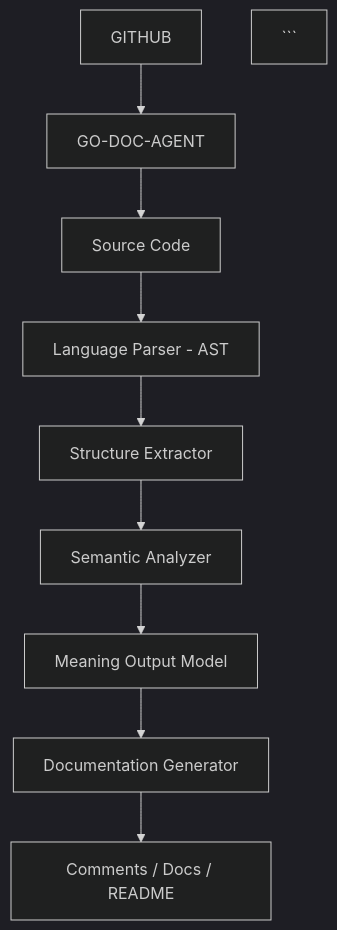
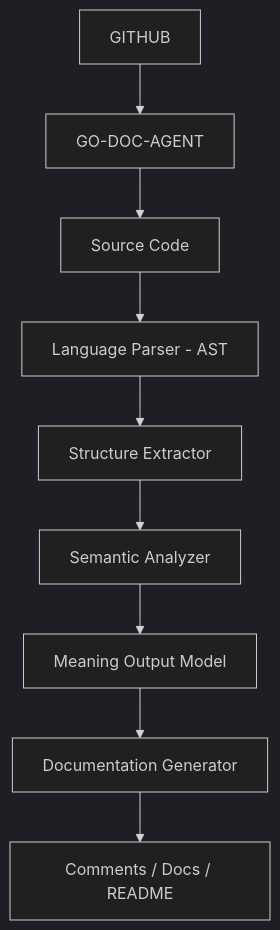
Before and after one commit to amonvix/go-doc-agent: the diagram in README.md, drawn with Mermaid (dark theme).

Commit message:
docs(readme): add architecture chart and clarify phases

````diff
--- a/README.md
+++ b/README.md
@@ -61,12 +61,12 @@
 ```mermaid
 flowchart TD
     A[GITHUB] --> B[GO-DOC-AGENT]
     B --> C[Source Code]
     C --> D[Language Parser - AST]
     D --> E[Structure Extractor]
     E --> F[Semantic Analyzer]
     F --> G[Meaning Output Model]
     G --> H[Documentation Generator]
     H --> I[Comments / Docs / README]
-    ```
+    
 ```
````
